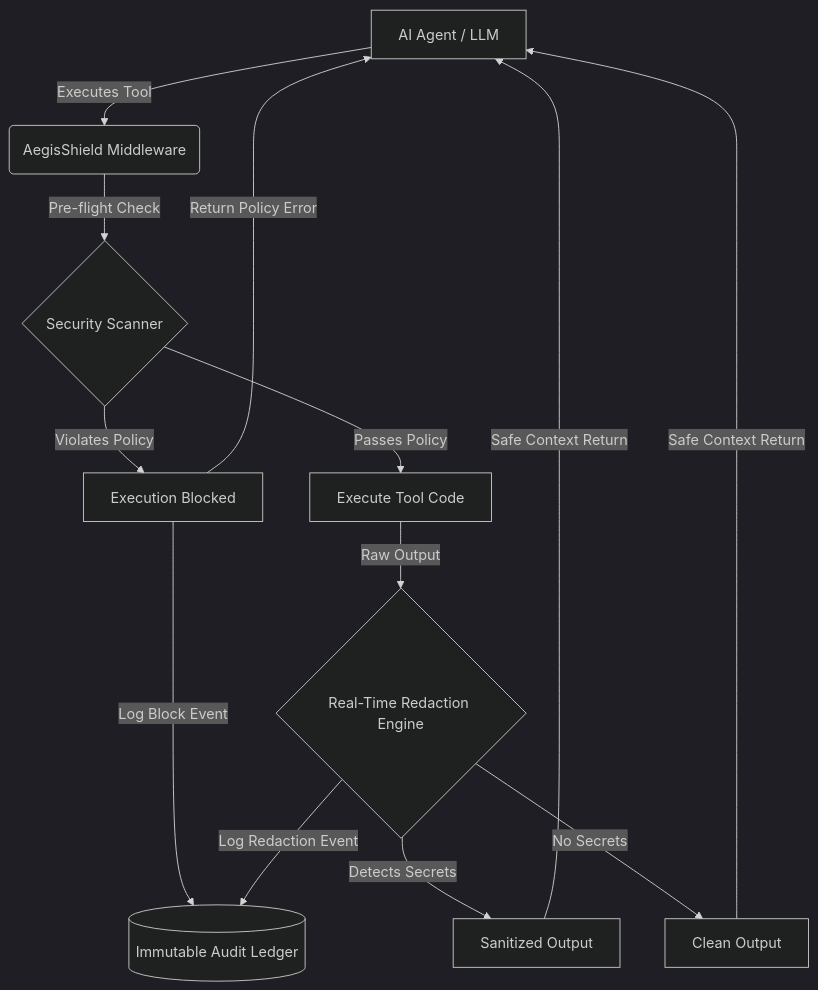
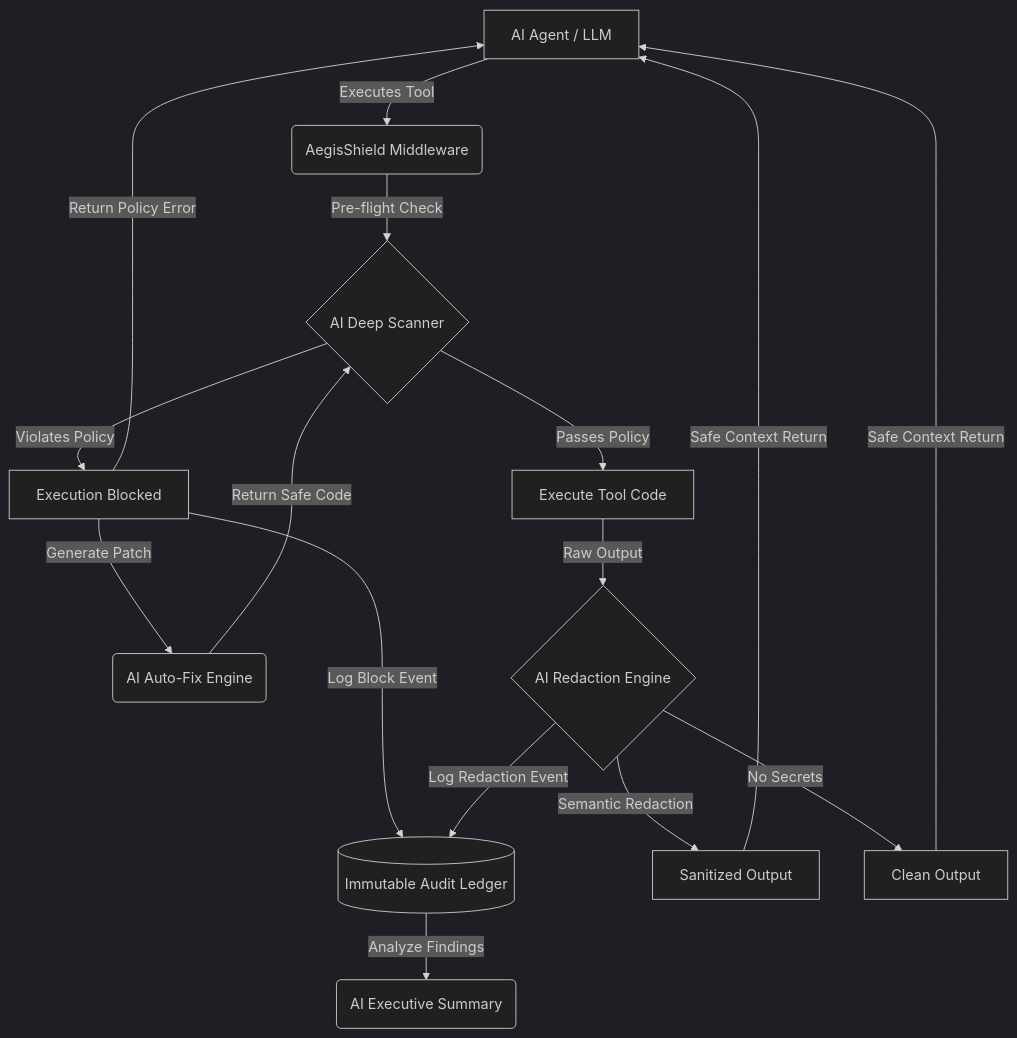
Before and after one commit to amitwaghmare888/AegisShield: the diagram in README.md, drawn with Mermaid (dark theme). The commit also changed 29 other files, not shown here.

````diff
--- a/README.md
+++ b/README.md
@@ -41,25 +41,30 @@
 ```mermaid
 graph TD
     A[AI Agent / LLM] -->|Executes Tool| B(AegisShield Middleware)
-    B -->|Pre-flight Check| C{Security Scanner}
+    B -->|Pre-flight Check| C{AI Deep Scanner}
     
     %% Pre-flight Blocked Path
     C -->|Violates Policy| D[Execution Blocked]
+    D -->|Generate Patch| J(AI Auto-Fix Engine)
+    J -->|Return Safe Code| C
     D -->|Return Policy Error| A
     D -->|Log Block Event| H[(Immutable Audit Ledger)]
     
     %% Pre-flight Passed Path
     C -->|Passes Policy| E[Execute Tool Code]
-    E -->|Raw Output| F{Real-Time Redaction Engine}
+    E -->|Raw Output| F{AI Redaction Engine}
     
     %% Redaction Paths
-    F -->|Detects Secrets| G[Sanitized Output]
+    F -->|Semantic Redaction| G[Sanitized Output]
     F -->|No Secrets| I[Clean Output]
     
     %% Returning to Agent
     G -->|Safe Context Return| A
     I -->|Safe Context Return| A
     
     %% Audit Logging for Outputs
     F -->|Log Redaction Event| H
+    
+    %% AI Threat Reporting
+    H -->|Analyze Findings| K(AI Executive Summary)
 ```
````
